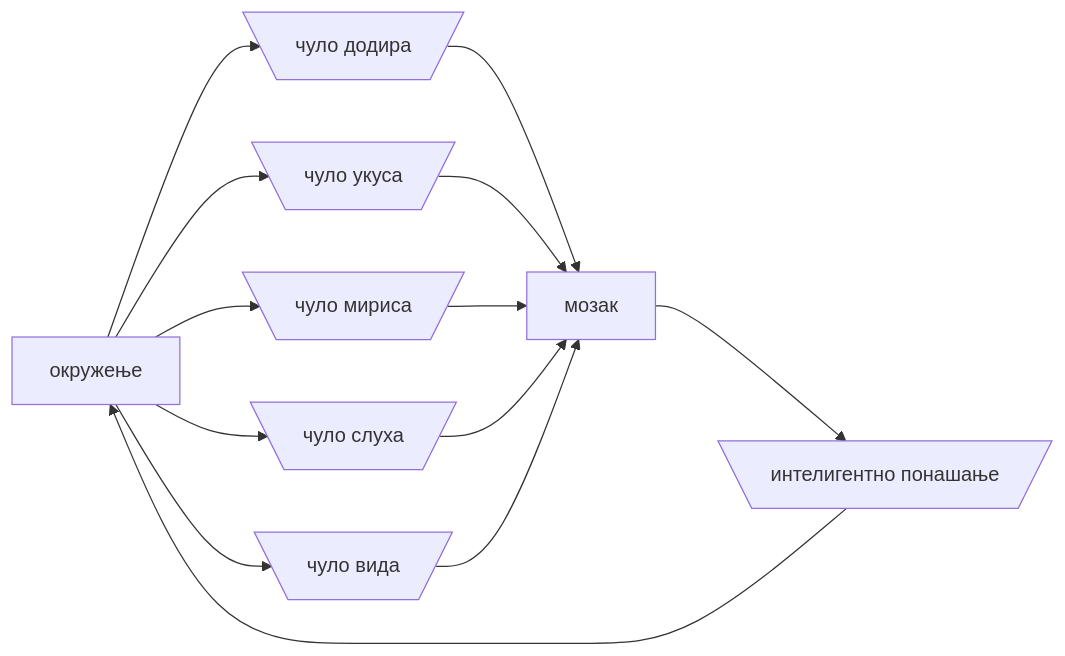
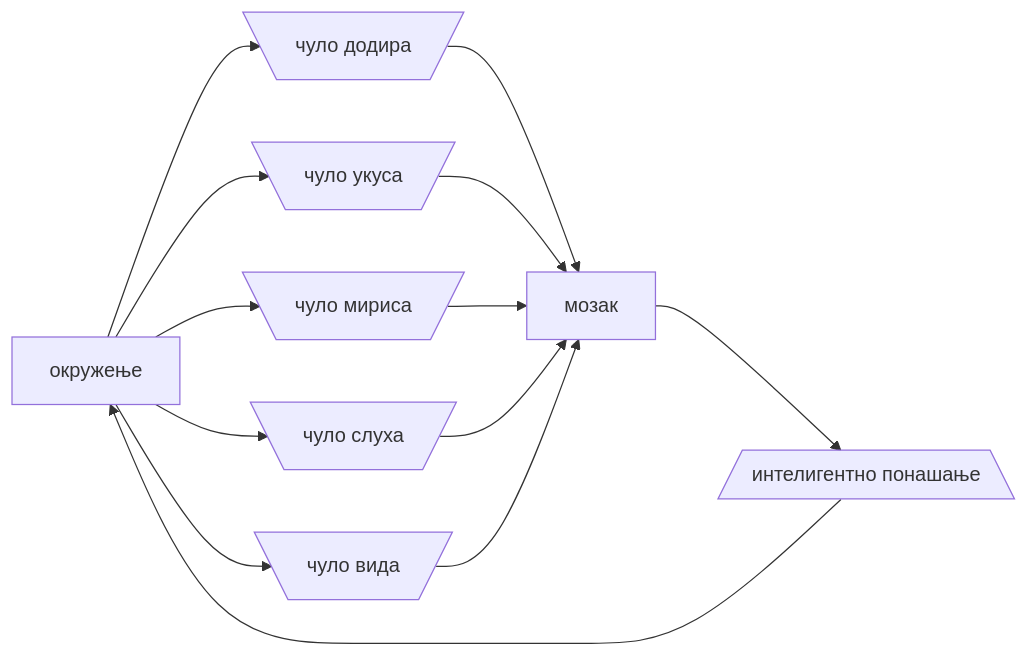
The second of 3 diagrams in docs/what_is_ai.md (radlovacki/ai), drawn with Mermaid before and after one commit. The commit also changed other lines of this file and 2 other files, not shown here.

````diff
--- a/docs/what_is_ai.md
+++ b/docs/what_is_ai.md
@@ -47,15 +47,15 @@
 ``` mermaid
 flowchart LR
   A[окружење] --> B[\чуло додира/];
   A --> C[\чуло укуса/];
   A --> D[\чуло мириса/];
   A --> E[\чуло слуха/];
   A --> F[\чуло вида/];
   B --> G[мозак];
   C --> G;
   D --> G;
   E --> G;
   F --> G;
-  G --> H[\интелигентно понашање/];
+  G --> H[/интелигентно понашање\];
   H --> A;
 ```
````
